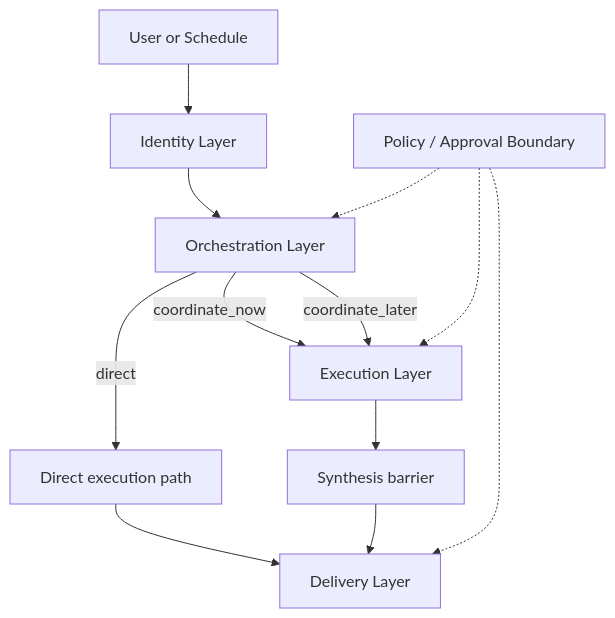
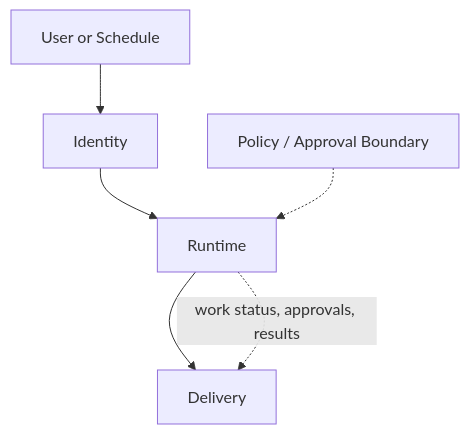
Before and after one commit to cshyang/nochore: the first of 2 diagrams in docs/plans/2026-04-04-coordinated-agent-runtime-architecture.md, drawn with Mermaid. The commit also changed other lines of this file, not shown here.

Commit message:
docs: trim coordinated runtime phase 1 scope

````diff
--- a/docs/plans/2026-04-04-coordinated-agent-runtime-architecture.md
+++ b/docs/plans/2026-04-04-coordinated-agent-runtime-architecture.md
@@ -40,15 +61,9 @@
 ```mermaid
 flowchart TD
-    U["User or Schedule"] --> I["Identity Layer"]
-    I --> O["Orchestration Layer"]
-    O -->|direct| D["Direct execution path"]
-    O -->|coordinate_now| E["Execution Layer"]
-    O -->|coordinate_later| E
-    E --> S["Synthesis barrier"]
-    D --> DL["Delivery Layer"]
-    S --> DL
+    U["User or Schedule"] --> I["Identity"]
+    I --> R["Runtime"]
+    R --> D["Delivery"]
 
-    P["Policy / Approval Boundary"] -.-> O
-    P -.-> E
-    P -.-> DL
+    P["Policy / Approval Boundary"] -.-> R
+    R -. work status, approvals, results .-> D
 ```
````
